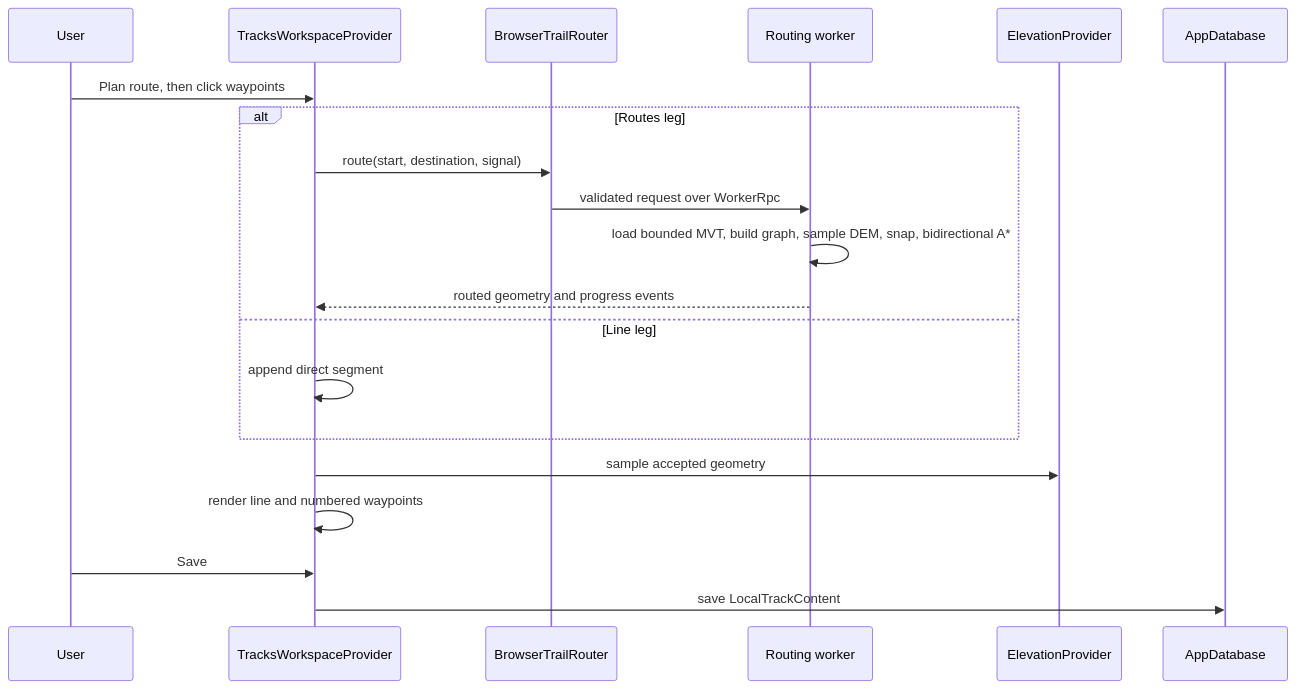
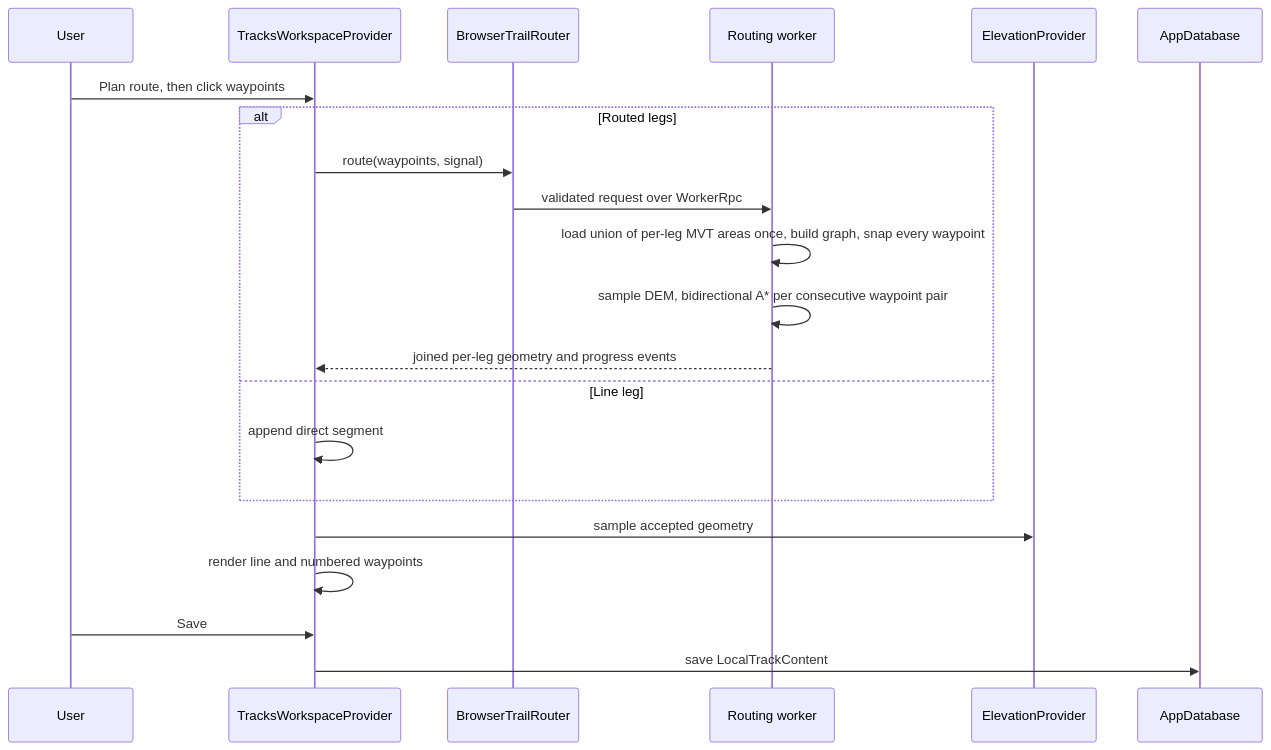
Before and after one commit to bogdandm/georgia-routing-planner: the seventh of 8 diagrams in docs/runtime-flows.md, drawn with Mermaid. The commit also changed other lines of this file and 27 other files, not shown here.

Commit message:
feat(tracks): edit track points with a shared route-plan editor

````diff
--- a/docs/runtime-flows.md
+++ b/docs/runtime-flows.md
@@ -501,23 +501,24 @@
 ```mermaid
 sequenceDiagram
   participant User
   participant Tracks as TracksWorkspaceProvider
   participant Router as BrowserTrailRouter
   participant Worker as Routing worker
   participant Terrain as ElevationProvider
   participant Storage as AppDatabase
 
   User->>Tracks: Plan route, then click waypoints
-  alt Routes leg
-    Tracks->>Router: route(start, destination, signal)
+  alt Routed legs
+    Tracks->>Router: route(waypoints, signal)
     Router->>Worker: validated request over WorkerRpc
-    Worker->>Worker: load bounded MVT, build graph, sample DEM, snap, bidirectional A*
-    Worker-->>Tracks: routed geometry and progress events
+    Worker->>Worker: load union of per-leg MVT areas once, build graph, snap every waypoint
+    Worker->>Worker: sample DEM, bidirectional A* per consecutive waypoint pair
+    Worker-->>Tracks: joined per-leg geometry and progress events
   else Line leg
     Tracks->>Tracks: append direct segment
   end
   Tracks->>Terrain: sample accepted geometry
   Tracks->>Tracks: render line and numbered waypoints
   User->>Tracks: Save
   Tracks->>Storage: save LocalTrackContent
 ```
````
